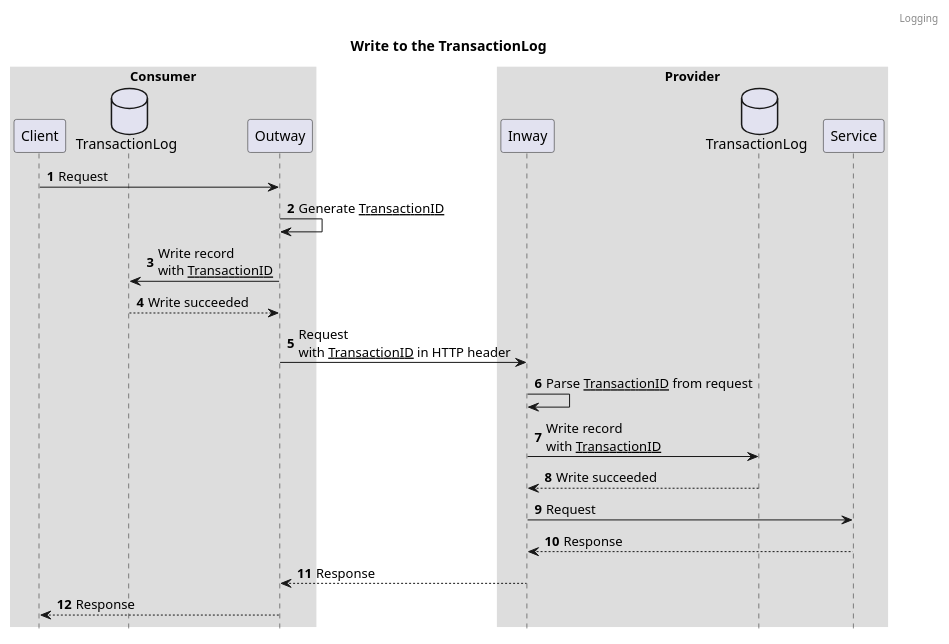
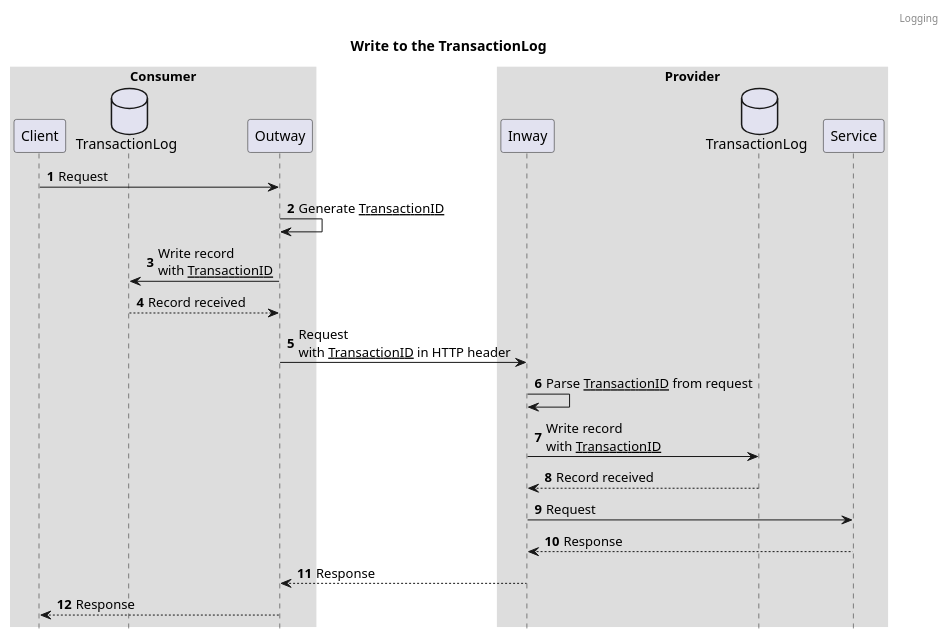
One commit to Logius-standaarden/fsc-logging changed the diagram in diagrams/seq-write-transaction-log.puml. Above: the diagram before and after it, drawn with PlantUML. The commit also changed 1 other file, not shown here.

Commit message:
logging: update writing to the TransactionLog section

```diff
--- a/diagrams/seq-write-transaction-log.puml
+++ b/diagrams/seq-write-transaction-log.puml
@@ -1,37 +1,37 @@
 @startuml
 
 autonumber
 title: Write to the TransactionLog
 header: Logging
 autonumber
 
 box "Consumer"
   participant "Client" as client
   database "TransactionLog" as transactionLogConsumer
   participant "Outway" as outway
 end box
 
 box "Provider"
   participant "Inway" as inway
   database "TransactionLog" as transactionLogProvider
   participant "Service" as service
 end box
 
 client -> outway: Request
 outway -> outway: Generate __TransactionID__
 outway -> transactionLogConsumer: Write record\nwith __TransactionID__
-transactionLogConsumer --> outway: Write succeeded
+transactionLogConsumer --> outway: Record received
 outway -> inway: Request\nwith __TransactionID__ in HTTP header
 inway -> inway: Parse __TransactionID__ from request
 inway -> transactionLogProvider: Write record\nwith __TransactionID__
-transactionLogProvider --> inway:  Write succeeded
+transactionLogProvider --> inway:  Record received
 inway -> service: Request
 service --> inway: Response
 inway --> outway: Response
 outway --> client: Response
 
 skinparam sequenceBoxBorderColor #transparent
 skinparam boxPadding 50
 hide footbox
 
 @enduml
```
